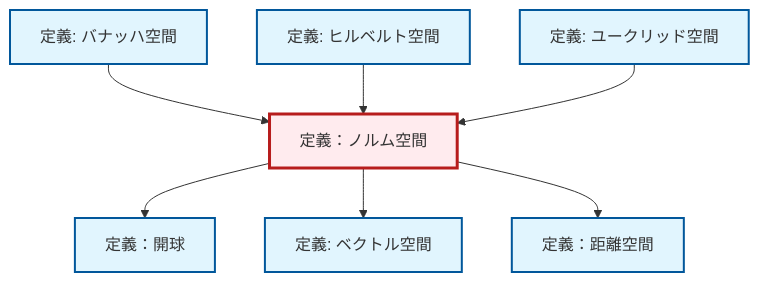
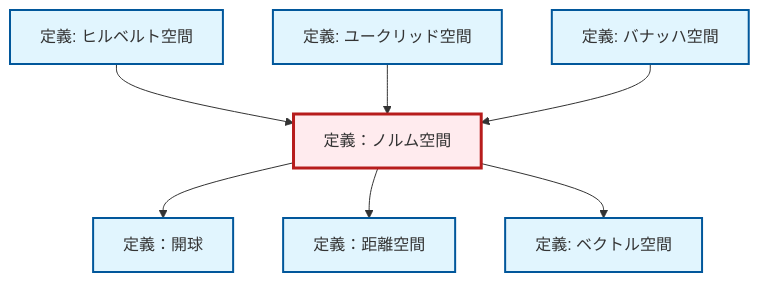
One commit to RK0429/ModernMath changed the diagram in content/ja/analysis/def-normed-vector-space.qmd. Above: the diagram before and after it, drawn with Mermaid. The commit also changed other lines of this file and 328 other files, not shown here.

````diff
--- a/content/ja/analysis/def-normed-vector-space.qmd
+++ b/content/ja/analysis/def-normed-vector-space.qmd
@@ -133,29 +133,29 @@
 ```{mermaid}
 %%| fig-cap: "ローカル依存関係グラフ"
 graph TD
     classDef definition fill:#e1f5fe,stroke:#01579b,stroke-width:2px
     classDef theorem fill:#f3e5f5,stroke:#4a148c,stroke-width:2px
     classDef axiom fill:#fff3e0,stroke:#e65100,stroke-width:2px
     classDef example fill:#e8f5e9,stroke:#1b5e20,stroke-width:2px
     classDef current fill:#ffebee,stroke:#b71c1c,stroke-width:3px
+    def-open-ball["定義：開球"]:::definition
+    def-vector-space["定義: ベクトル空間"]:::definition
+    def-hilbert-space["定義: ヒルベルト空間"]:::definition
+    def-normed-vector-space["定義：ノルム空間"]:::definition
+    def-euclidean-space["定義: ユークリッド空間"]:::definition
+    def-banach-space["定義: バナッハ空間"]:::definition
     def-metric-space["定義：距離空間"]:::definition
-    def-hilbert-space["定義: ヒルベルト空間"]:::definition
-    def-open-ball["定義：開球"]:::definition
-    def-normed-vector-space["定義：ノルム空間"]:::definition
-    def-banach-space["定義: バナッハ空間"]:::definition
-    def-vector-space["定義: ベクトル空間"]:::definition
-    def-euclidean-space["定義: ユークリッド空間"]:::definition
+    def-normed-vector-space --> def-open-ball
+    def-hilbert-space --> def-normed-vector-space
+    def-normed-vector-space --> def-metric-space
+    def-euclidean-space --> def-normed-vector-space
     def-banach-space --> def-normed-vector-space
-    def-normed-vector-space --> def-open-ball
     def-normed-vector-space --> def-vector-space
-    def-hilbert-space --> def-normed-vector-space
-    def-euclidean-space --> def-normed-vector-space
-    def-normed-vector-space --> def-metric-space
     class def-normed-vector-space current
+    click def-open-ball "def-open-ball.html" "定義：開球へ"
+    click def-vector-space "def-vector-space.html" "ベクトル空間の定義へ"
+    click def-hilbert-space "def-hilbert-space.html" "ヒルベルト空間の定義へ"
+    click def-euclidean-space "def-euclidean-space.html" "ユークリッド空間の定義へ"
+    click def-banach-space "def-banach-space.html" "バナッハ空間の定義へ"
     click def-metric-space "def-metric-space.html" "定義：距離空間へ"
-    click def-hilbert-space "def-hilbert-space.html" "ヒルベルト空間の定義へ"
-    click def-open-ball "def-open-ball.html" "定義：開球へ"
-    click def-banach-space "def-banach-space.html" "バナッハ空間の定義へ"
-    click def-vector-space "def-vector-space.html" "ベクトル空間の定義へ"
-    click def-euclidean-space "def-euclidean-space.html" "ユークリッド空間の定義へ"
 ```
````
